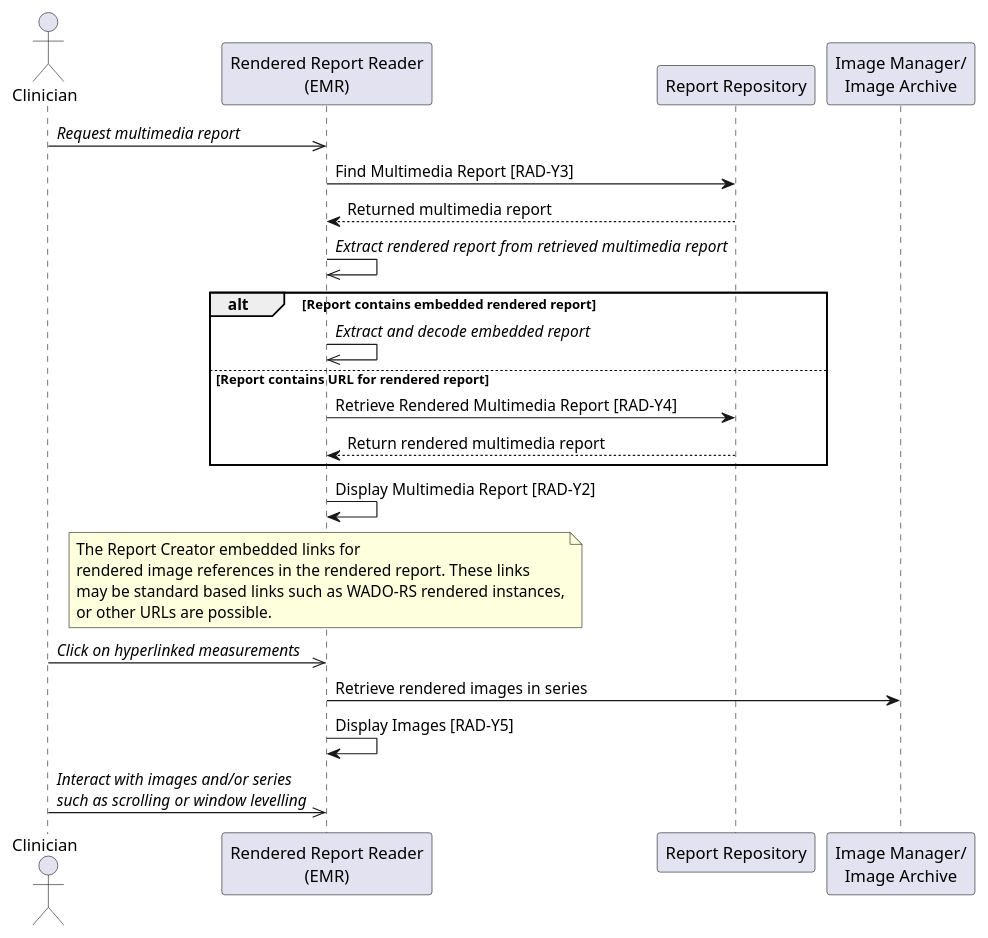
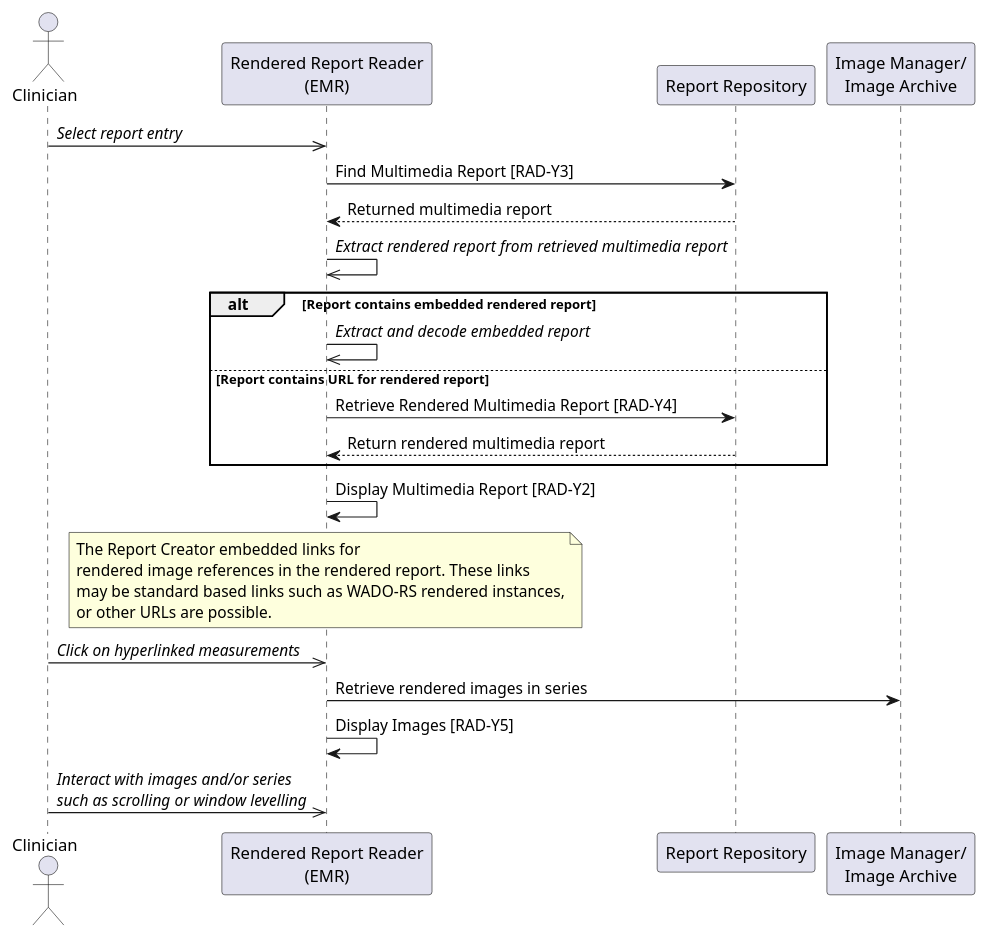
One commit to IHE/RAD.IMR changed the diagram in input/images-source/uc3-presenting-interactive-report-presentedform.plantuml. Above: the diagram before and after it, drawn with PlantUML. The commit also changed 4 other files, not shown here.

Commit message:
Updated diagrams based on public comments.

```diff
--- a/input/images-source/uc3-presenting-interactive-report-presentedform.plantuml
+++ b/input/images-source/uc3-presenting-interactive-report-presentedform.plantuml
@@ -1,38 +1,38 @@
 @startuml
 
 actor Clinician as Clinician
 
 participant "Rendered Report Reader\n(EMR)" as EMR
 participant "Report Repository" as Repo
 
 participant "Image Manager/\nImage Archive" as Archive
 
-Clinician->>EMR: //Request multimedia report//
+Clinician->>EMR: //Select report entry//
 
 EMR->Repo: Find Multimedia Report [RAD-Y3]
 Repo-->EMR: Returned multimedia report
 
 EMR->>EMR: //Extract rendered report from retrieved multimedia report//
 
 alt Report contains embedded rendered report
 EMR->>EMR: //Extract and decode embedded report//
 else Report contains URL for rendered report
 EMR->Repo: Retrieve Rendered Multimedia Report [RAD-Y4]
 Repo-->EMR: Return rendered multimedia report
 end
 
 EMR->EMR: Display Multimedia Report [RAD-Y2]
 note over EMR
 The Report Creator embedded links for
 rendered image references in the rendered report. These links
 may be standard based links such as WADO-RS rendered instances,
 or other URLs are possible.
 end note
 Clinician->>EMR: //Click on hyperlinked measurements//
 
 EMR->Archive: Retrieve rendered images in series
 EMR->EMR: Display Images [RAD-Y5]
 
 Clinician->>EMR: //Interact with images and/or series//\n//such as scrolling or window levelling//
 
 @enduml
```
